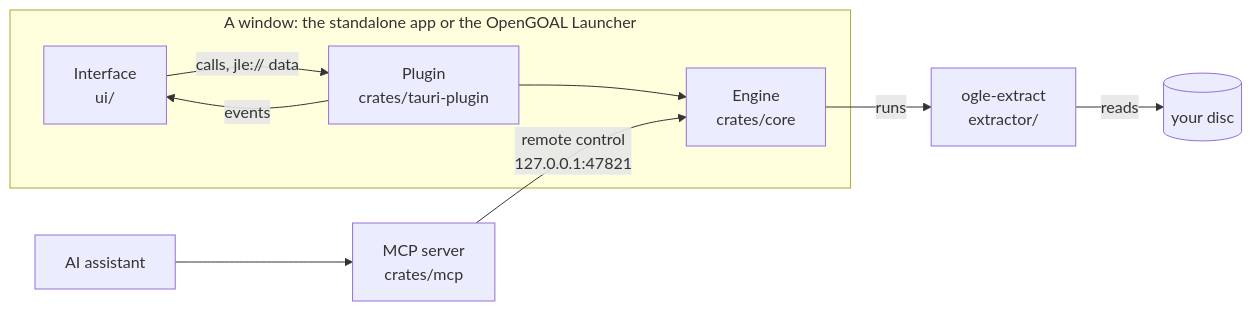
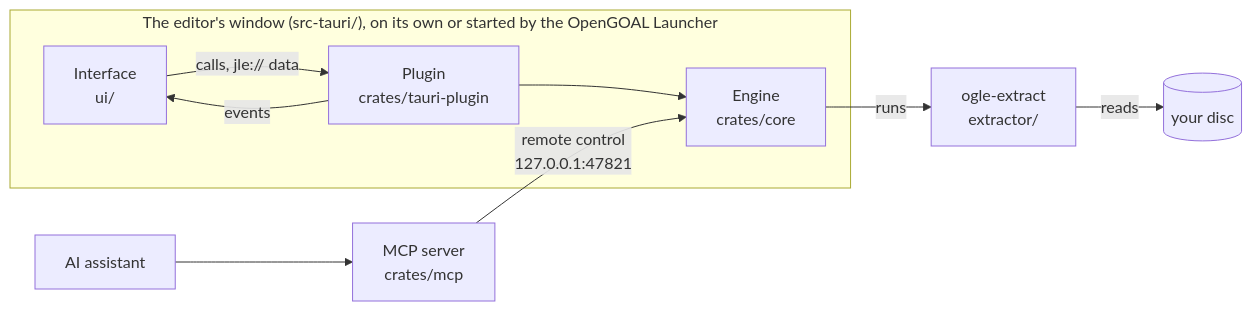
The second of 2 diagrams in docs/architecture.md (whozghiar/jak-level-editor), drawn with Mermaid before and after one commit. The commit also changed other lines of this file and 8 other files, not shown here.

First line of the commit message:
docs: the OpenGOAL Launcher installs and starts the editor as a program of its own (AI-assisted)

````diff
--- a/docs/architecture.md
+++ b/docs/architecture.md
@@ -191,15 +191,15 @@
 ```mermaid
 flowchart LR
-  subgraph Window["A window: the standalone app or the OpenGOAL Launcher"]
+  subgraph Window["The editor's window (src-tauri/), on its own or started by the OpenGOAL Launcher"]
     UI["Interface<br/>ui/"]
     Plugin["Plugin<br/>crates/tauri-plugin"]
     Engine["Engine<br/>crates/core"]
     UI -- "calls, jle:// data" --> Plugin
     Plugin -- "events" --> UI
     Plugin --> Engine
   end
   Assistant["AI assistant"] --> MCP["MCP server<br/>crates/mcp"]
   MCP -- "remote control<br/>127.0.0.1:47821" --> Engine
   Engine -- "runs" --> Extractor["ogle-extract<br/>extractor/"]
   Extractor -- "reads" --> Disc[("your disc")]
 ```
````
